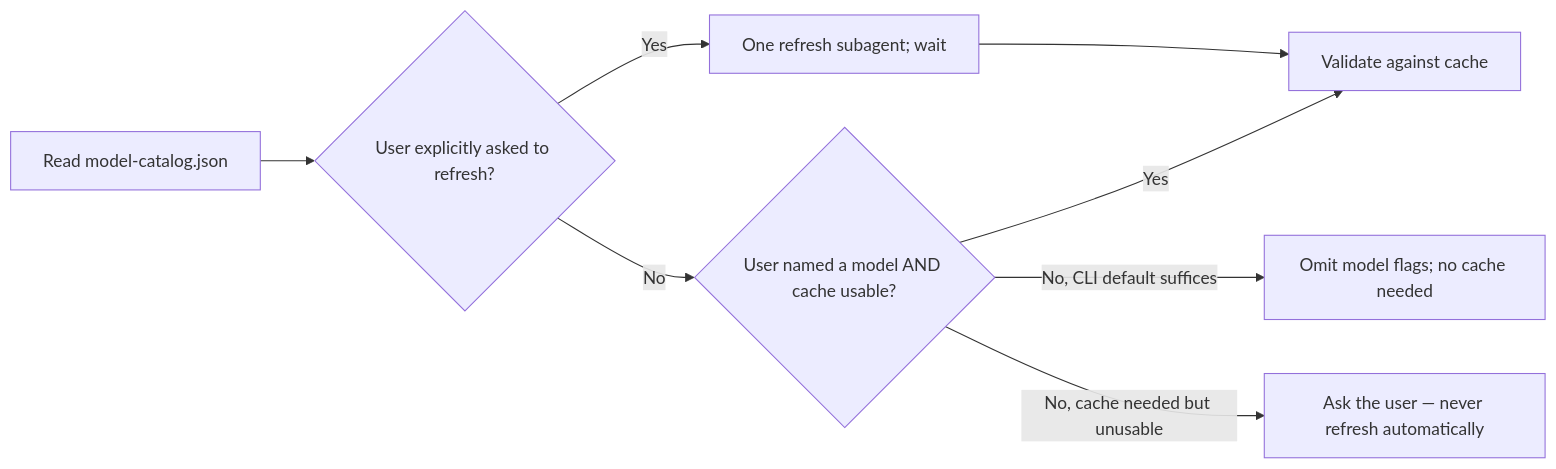
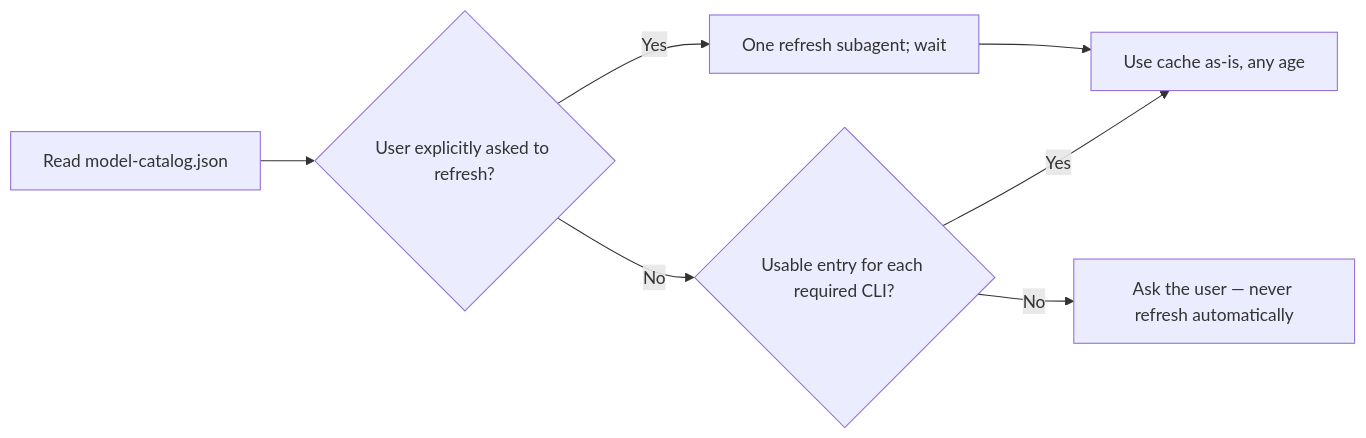
Before and after one commit to Realtyxxx/tmux-agent-teams: the first of 3 diagrams in skills/tmux-agent-teams/SKILL.md, drawn with Mermaid. The commit also changed other lines of this file and 3 other files, not shown here.

````diff
--- a/skills/tmux-agent-teams/SKILL.md
+++ b/skills/tmux-agent-teams/SKILL.md
@@ -70,10 +69,9 @@
 ```mermaid
 flowchart LR
     A[Read model-catalog.json] --> B{User explicitly asked to refresh?}
     B -->|Yes| C[One refresh subagent; wait]
-    B -->|No| D{User named a model AND cache usable?}
-    D -->|Yes| F[Validate against cache]
-    D -->|No, CLI default suffices| E[Omit model flags; no cache needed]
-    D -->|No, cache needed but unusable| G[Ask the user — never refresh automatically]
+    B -->|No| D{Usable entry for each required CLI?}
+    D -->|Yes| F[Use cache as-is, any age]
+    D -->|No| G[Ask the user — never refresh automatically]
     C --> F
 ```
````
